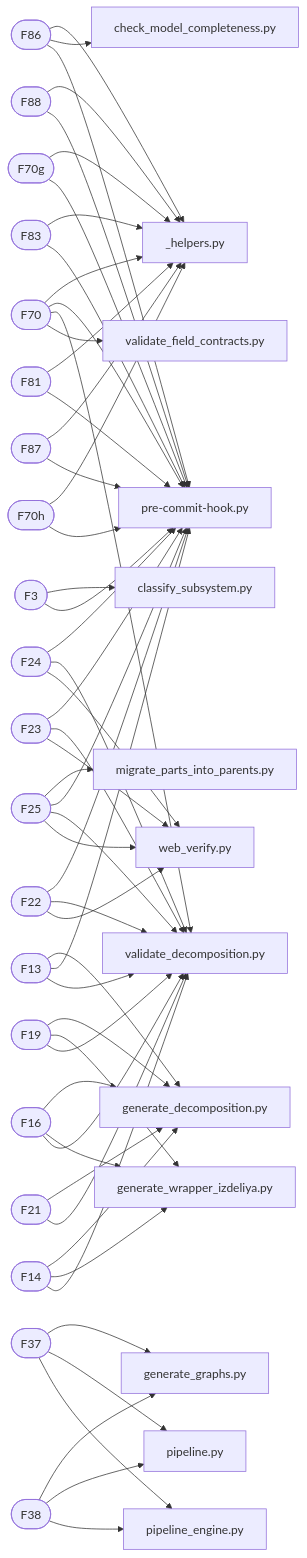
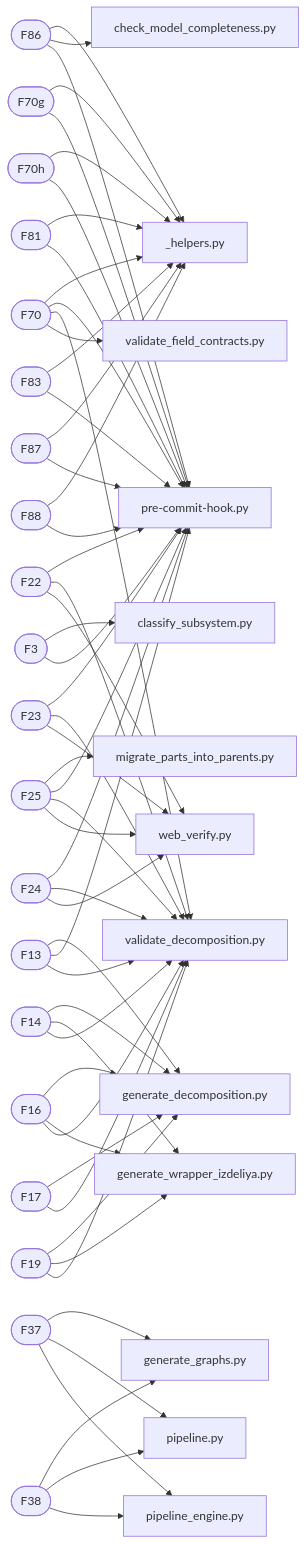
Before and after one commit to a-m-e-n-t-e-t/SkyNet: the diagram in graphs/mermaid/graph3_traceability.md, drawn with Mermaid. The commit also changed 4 other files, not shown here.

First line of the commit message:
fix(graphs): детерминизм графа 3 (sorted set-итерации) + актуализация executor'ов field_contracts

````diff
--- a/graphs/mermaid/graph3_traceability.md
+++ b/graphs/mermaid/graph3_traceability.md
@@ -27,20 +27,6 @@
     F86 --> script_check_model_completeness_py
     script_pre-commit-hook_py[pre-commit-hook.py]
     F86 --> script_pre-commit-hook_py
-    F19([F19])
-    script_generate_decomposition_py[generate_decomposition.py]
-    F19 --> script_generate_decomposition_py
-    script_generate_wrapper_izdeliya_py[generate_wrapper_izdeliya.py]
-    F19 --> script_generate_wrapper_izdeliya_py
-    script_validate_decomposition_py[validate_decomposition.py]
-    F19 --> script_validate_decomposition_py
-    F16([F16])
-    script_generate_decomposition_py[generate_decomposition.py]
-    F16 --> script_generate_decomposition_py
-    script_generate_wrapper_izdeliya_py[generate_wrapper_izdeliya.py]
-    F16 --> script_generate_wrapper_izdeliya_py
-    script_validate_decomposition_py[validate_decomposition.py]
-    F16 --> script_validate_decomposition_py
     F13([F13])
     script_generate_decomposition_py[generate_decomposition.py]
     F13 --> script_generate_decomposition_py
@@ -55,6 +41,34 @@
     F14 --> script_generate_wrapper_izdeliya_py
     script_validate_decomposition_py[validate_decomposition.py]
     F14 --> script_validate_decomposition_py
+    F16([F16])
+    script_generate_decomposition_py[generate_decomposition.py]
+    F16 --> script_generate_decomposition_py
+    script_generate_wrapper_izdeliya_py[generate_wrapper_izdeliya.py]
+    F16 --> script_generate_wrapper_izdeliya_py
+    script_validate_decomposition_py[validate_decomposition.py]
+    F16 --> script_validate_decomposition_py
+    F19([F19])
+    script_generate_decomposition_py[generate_decomposition.py]
+    F19 --> script_generate_decomposition_py
+    script_generate_wrapper_izdeliya_py[generate_wrapper_izdeliya.py]
+    F19 --> script_generate_wrapper_izdeliya_py
+    script_validate_decomposition_py[validate_decomposition.py]
+    F19 --> script_validate_decomposition_py
+    F22([F22])
+    script_pre-commit-hook_py[pre-commit-hook.py]
+    F22 --> script_pre-commit-hook_py
+    script_validate_decomposition_py[validate_decomposition.py]
+    F22 --> script_validate_decomposition_py
+    script_web_verify_py[web_verify.py]
+    F22 --> script_web_verify_py
+    F23([F23])
+    script_pre-commit-hook_py[pre-commit-hook.py]
+    F23 --> script_pre-commit-hook_py
+    script_validate_decomposition_py[validate_decomposition.py]
+    F23 --> script_validate_decomposition_py
+    script_web_verify_py[web_verify.py]
+    F23 --> script_web_verify_py
     F24([F24])
     script_pre-commit-hook_py[pre-commit-hook.py]
     F24 --> script_pre-commit-hook_py
@@ -62,20 +76,6 @@
     F24 --> script_validate_decomposition_py
     script_web_verify_py[web_verify.py]
     F24 --> script_web_verify_py
-    F23([F23])
-    script_pre-commit-hook_py[pre-commit-hook.py]
-    F23 --> script_pre-commit-hook_py
-    script_validate_decomposition_py[validate_decomposition.py]
-    F23 --> script_validate_decomposition_py
-    script_web_verify_py[web_verify.py]
-    F23 --> script_web_verify_py
-    F22([F22])
-    script_pre-commit-hook_py[pre-commit-hook.py]
-    F22 --> script_pre-commit-hook_py
-    script_validate_decomposition_py[validate_decomposition.py]
-    F22 --> script_validate_decomposition_py
-    script_web_verify_py[web_verify.py]
-    F22 --> script_web_verify_py
     F37([F37])
     script_generate_graphs_py[generate_graphs.py]
     F37 --> script_generate_graphs_py
@@ -90,44 +90,44 @@
     F38 --> script_pipeline_py
     script_pipeline_engine_py[pipeline_engine.py]
     F38 --> script_pipeline_engine_py
+    F70g([F70g])
+    script__helpers_py[_helpers.py]
+    F70g --> script__helpers_py
+    script_pre-commit-hook_py[pre-commit-hook.py]
+    F70g --> script_pre-commit-hook_py
+    F70h([F70h])
+    script__helpers_py[_helpers.py]
+    F70h --> script__helpers_py
+    script_pre-commit-hook_py[pre-commit-hook.py]
+    F70h --> script_pre-commit-hook_py
+    F81([F81])
+    script__helpers_py[_helpers.py]
+    F81 --> script__helpers_py
+    script_pre-commit-hook_py[pre-commit-hook.py]
+    F81 --> script_pre-commit-hook_py
+    F83([F83])
+    script__helpers_py[_helpers.py]
+    F83 --> script__helpers_py
+    script_pre-commit-hook_py[pre-commit-hook.py]
+    F83 --> script_pre-commit-hook_py
+    F87([F87])
+    script__helpers_py[_helpers.py]
+    F87 --> script__helpers_py
+    script_pre-commit-hook_py[pre-commit-hook.py]
+    F87 --> script_pre-commit-hook_py
     F88([F88])
     script__helpers_py[_helpers.py]
     F88 --> script__helpers_py
     script_pre-commit-hook_py[pre-commit-hook.py]
     F88 --> script_pre-commit-hook_py
-    F70g([F70g])
-    script__helpers_py[_helpers.py]
-    F70g --> script__helpers_py
-    script_pre-commit-hook_py[pre-commit-hook.py]
-    F70g --> script_pre-commit-hook_py
-    F83([F83])
-    script__helpers_py[_helpers.py]
-    F83 --> script__helpers_py
-    script_pre-commit-hook_py[pre-commit-hook.py]
-    F83 --> script_pre-commit-hook_py
-    F81([F81])
-    script__helpers_py[_helpers.py]
-    F81 --> script__helpers_py
-    script_pre-commit-hook_py[pre-commit-hook.py]
-    F81 --> script_pre-commit-hook_py
-    F87([F87])
-    script__helpers_py[_helpers.py]
-    F87 --> script__helpers_py
-    script_pre-commit-hook_py[pre-commit-hook.py]
-    F87 --> script_pre-commit-hook_py
-    F70h([F70h])
-    script__helpers_py[_helpers.py]
-    F70h --> script__helpers_py
-    script_pre-commit-hook_py[pre-commit-hook.py]
-    F70h --> script_pre-commit-hook_py
     F3([F3])
     script_classify_subsystem_py[classify_subsystem.py]
     F3 --> script_classify_subsystem_py
     script_pre-commit-hook_py[pre-commit-hook.py]
     F3 --> script_pre-commit-hook_py
-    F21([F21])
+    F17([F17])
     script_generate_decomposition_py[generate_decomposition.py]
-    F21 --> script_generate_decomposition_py
+    F17 --> script_generate_decomposition_py
     script_validate_decomposition_py[validate_decomposition.py]
-    F21 --> script_validate_decomposition_py
+    F17 --> script_validate_decomposition_py
 ```
````
